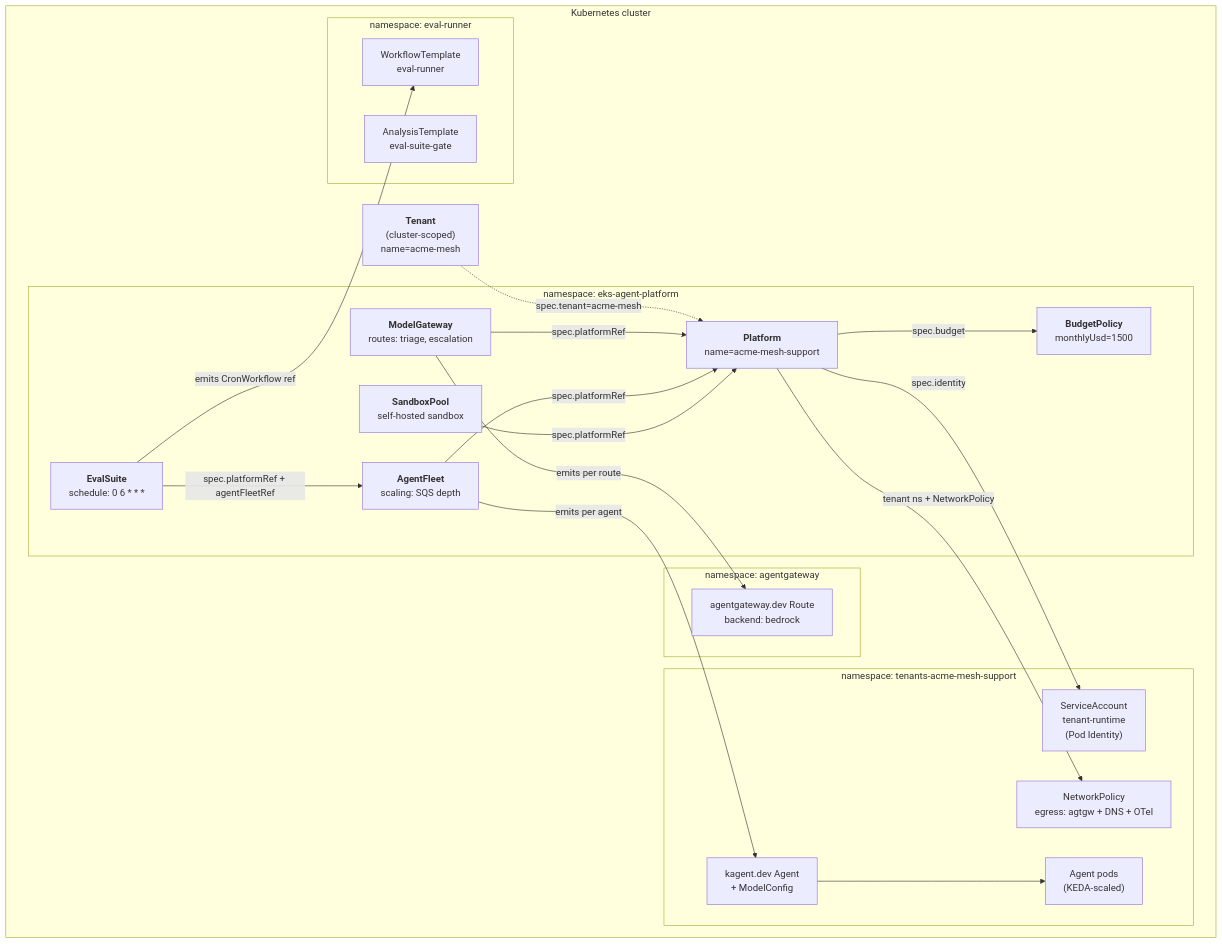
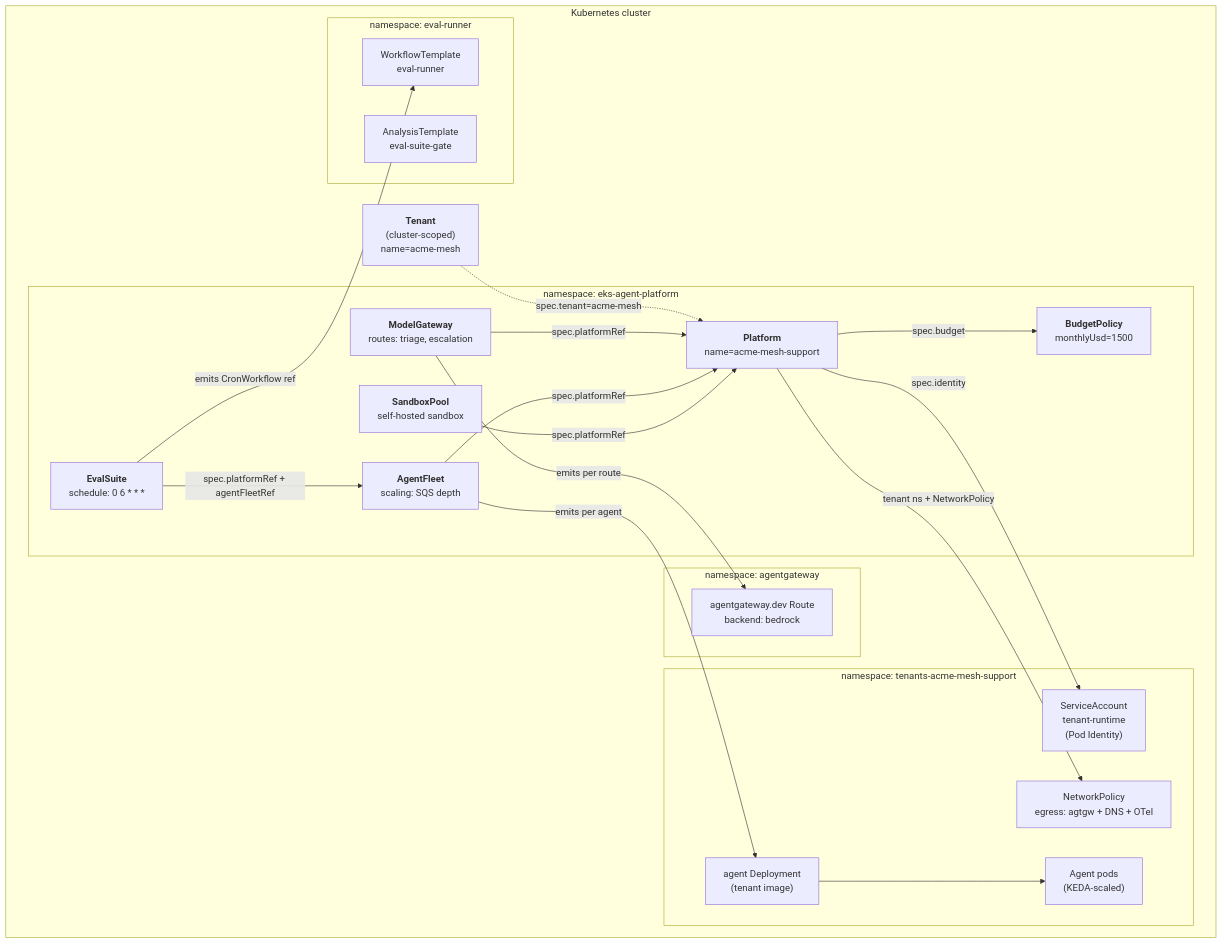
One commit to nanohype/eks-agent-platform changed the first of 3 diagrams in docs/architecture/overview.md. Above: the diagram before and after it, drawn with Mermaid. The commit also changed other lines of this file and 60 other files, not shown here.

````diff
--- a/docs/architecture/overview.md
+++ b/docs/architecture/overview.md
@@ -7,44 +7,44 @@
 ```mermaid
 flowchart TD
   subgraph cluster["Kubernetes cluster"]
     Tenant["<b>Tenant</b><br/>(cluster-scoped)<br/>name=acme-mesh"]
 
     subgraph mgmt["namespace: eks-agent-platform"]
       Platform["<b>Platform</b><br/>name=acme-mesh-support"]
       Budget["<b>BudgetPolicy</b><br/>monthlyUsd=1500"]
       Gateway["<b>ModelGateway</b><br/>routes: triage, escalation"]
       Fleet["<b>AgentFleet</b><br/>scaling: SQS depth"]
       Sandbox["<b>SandboxPool</b><br/>self-hosted sandbox"]
       Eval["<b>EvalSuite</b><br/>schedule: 0 6 * * *"]
     end
 
     subgraph tenantns["namespace: tenants-acme-mesh-support"]
       SA["ServiceAccount<br/>tenant-runtime<br/>(Pod Identity)"]
       NP["NetworkPolicy<br/>egress: agtgw + DNS + OTel"]
-      AgentCR["kagent.dev Agent<br/>+ ModelConfig"]
+      AgentCR["agent Deployment<br/>(tenant image)"]
       Pods["Agent pods<br/>(KEDA-scaled)"]
     end
 
     subgraph agtgw["namespace: agentgateway"]
       Route["agentgateway.dev Route<br/>backend: bedrock"]
     end
 
     subgraph evalrun["namespace: eval-runner"]
       WT["WorkflowTemplate<br/>eval-runner"]
       AT["AnalysisTemplate<br/>eval-suite-gate"]
     end
   end
 
   Tenant -. "spec.tenant=acme-mesh" .-> Platform
   Platform -- "spec.budget" --> Budget
   Platform -- "spec.identity" --> SA
   Platform -- "tenant ns + NetworkPolicy" --> NP
   Gateway -- "spec.platformRef" --> Platform
   Gateway -- "emits per route" --> Route
   Fleet -- "spec.platformRef" --> Platform
   Fleet -- "emits per agent" --> AgentCR
   Sandbox -- "spec.platformRef" --> Platform
   AgentCR --> Pods
   Eval -- "spec.platformRef + agentFleetRef" --> Fleet
   Eval -- "emits CronWorkflow ref" --> WT
 ```
````
